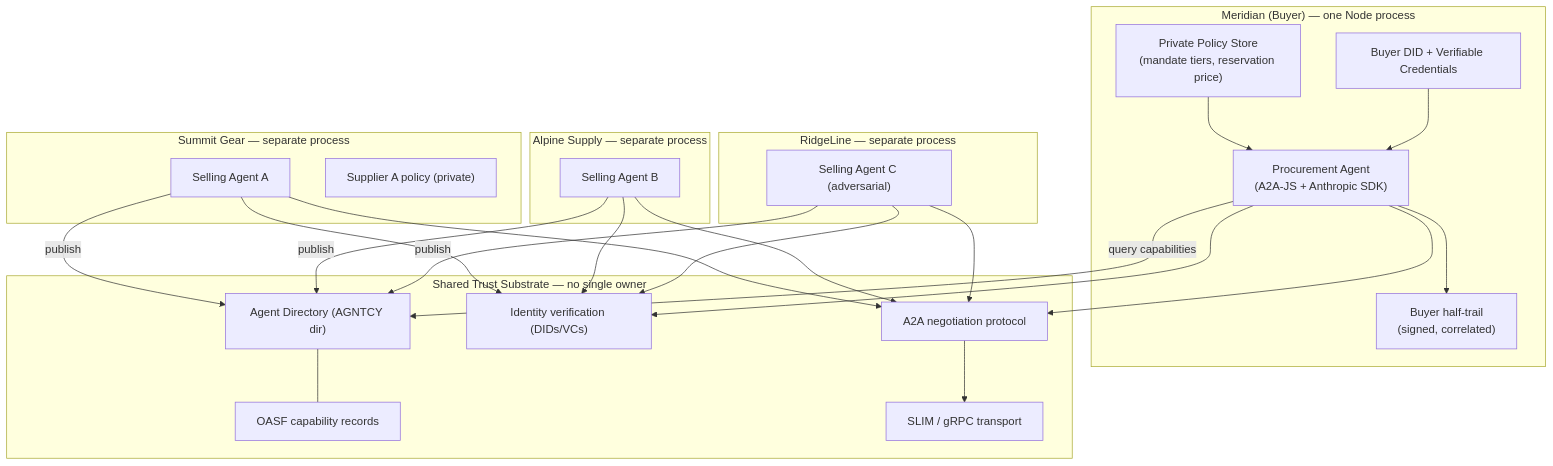
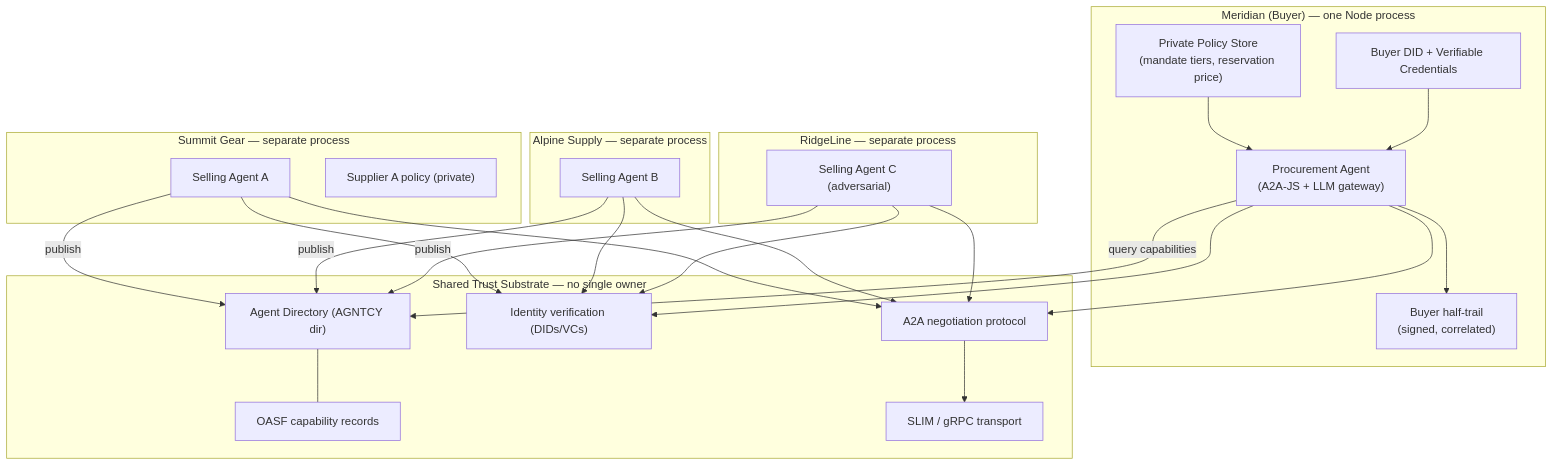
One commit to machalliance/wg-enterprise-agent-architecture changed the diagram in deliverables/hackathon/5-collaborating-self-directed-agents/spec/00-overview.md. Above: the diagram before and after it, drawn with Mermaid. The commit also changed other lines of this file and 7 other files, not shown here.

````diff
--- a/deliverables/hackathon/5-collaborating-self-directed-agents/spec/00-overview.md
+++ b/deliverables/hackathon/5-collaborating-self-directed-agents/spec/00-overview.md
@@ -72,49 +72,49 @@
 ```mermaid
 graph TB
     subgraph Buyer["Meridian (Buyer) — one Node process"]
-        BAGENT["Procurement Agent<br/>(A2A-JS + Anthropic SDK)"]
+        BAGENT["Procurement Agent<br/>(A2A-JS + LLM gateway)"]
         BPOLICY["Private Policy Store<br/>(mandate tiers, reservation price)"]
         BIDENT["Buyer DID + Verifiable Credentials"]
         BLEDGER["Buyer half-trail<br/>(signed, correlated)"]
     end
 
     subgraph Substrate["Shared Trust Substrate — no single owner"]
         DIR["Agent Directory (AGNTCY dir)"]
         OASF["OASF capability records"]
         IDV["Identity verification (DIDs/VCs)"]
         PROTO["A2A negotiation protocol"]
         SLIM["SLIM / gRPC transport"]
     end
 
     subgraph SupplierA["Summit Gear — separate process"]
         SA["Selling Agent A"]
         SPA["Supplier A policy (private)"]
     end
     subgraph SupplierB["Alpine Supply — separate process"]
         SB["Selling Agent B"]
     end
     subgraph SupplierC["RidgeLine — separate process"]
         SC["Selling Agent C (adversarial)"]
     end
 
     BAGENT -->|query capabilities| DIR
     SA -->|publish| DIR
     SB -->|publish| DIR
     SC -->|publish| DIR
     DIR --- OASF
 
     BAGENT --> IDV
     SA --> IDV
     SB --> IDV
     SC --> IDV
 
     BAGENT --> PROTO
     SA --> PROTO
     SB --> PROTO
     SC --> PROTO
     PROTO --> SLIM
 
     BPOLICY --> BAGENT
     BIDENT --> BAGENT
     BAGENT --> BLEDGER
 ```
````
